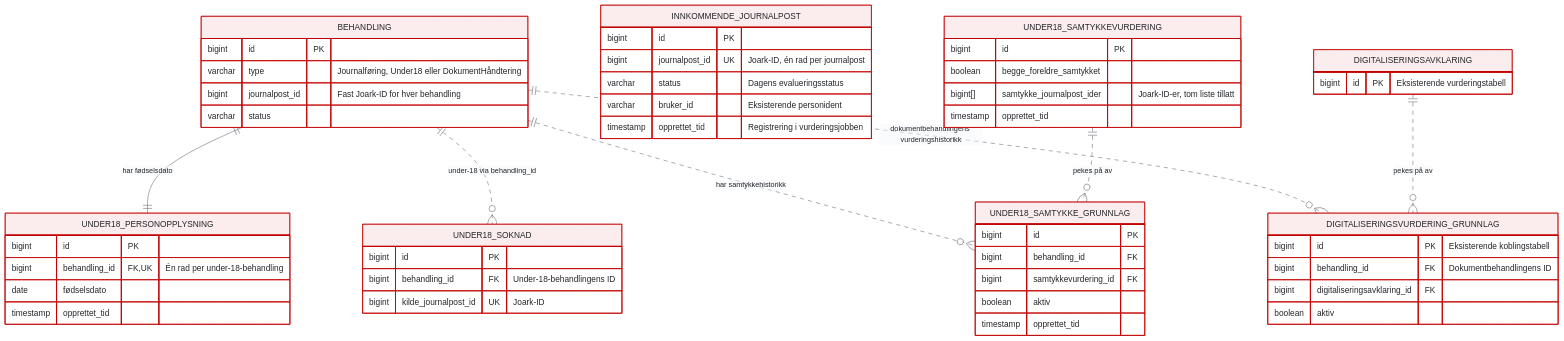
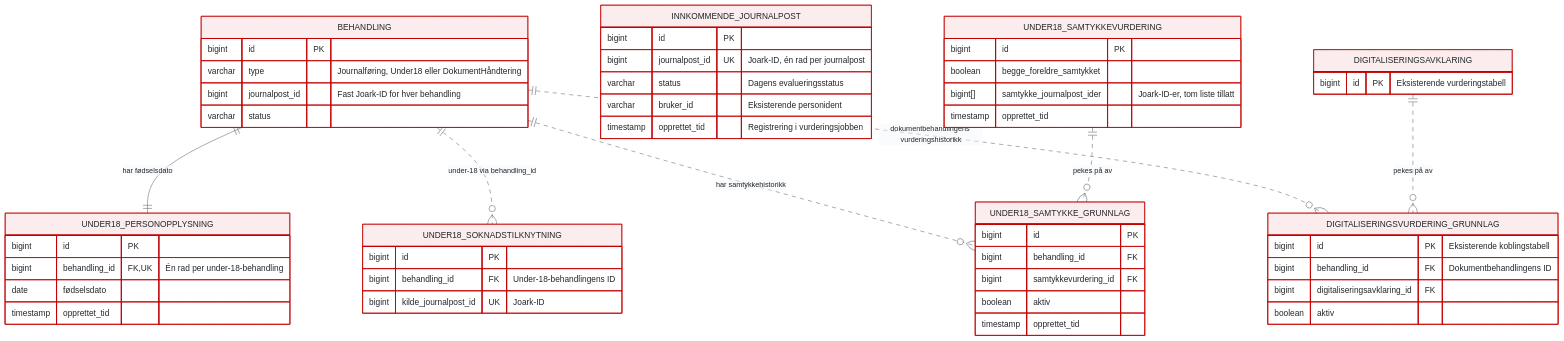
The third of 6 diagrams in under-18-flyt.md (navikt/aap-postmottak-backend), drawn with Mermaid before and after one commit. The commit also changed 41 other files, not shown here.

````diff
--- a/under-18-flyt.md
+++ b/under-18-flyt.md
@@ -338,57 +338,57 @@
 ```mermaid
 %%{init: {"theme":"base","themeVariables":{"primaryColor":"#FBEDED","primaryTextColor":"#23262A","primaryBorderColor":"#C30000","lineColor":"#5B6169","tertiaryColor":"#F6F7F9","attributeBackgroundColorOdd":"#F6F7F9","attributeBackgroundColorEven":"#FFFFFF","background":"#FFFFFF"}}}%%
 erDiagram
     BEHANDLING {
         bigint id PK
         varchar type "Journalføring, Under18 eller DokumentHåndtering"
         bigint journalpost_id "Fast Joark-ID for hver behandling"
         varchar status
     }
     UNDER18_PERSONOPPLYSNING {
         bigint id PK
         bigint behandling_id FK,UK "Én rad per under-18-behandling"
         date fødselsdato
         timestamp opprettet_tid
     }
-    UNDER18_SOKNAD {
+    UNDER18_SOKNADSTILKNYTNING {
         bigint id PK
         bigint behandling_id FK "Under-18-behandlingens ID"
         bigint kilde_journalpost_id UK "Joark-ID"
     }
     INNKOMMENDE_JOURNALPOST {
         bigint id PK
         bigint journalpost_id UK "Joark-ID, én rad per journalpost"
         varchar status "Dagens evalueringsstatus"
         varchar bruker_id "Eksisterende personident"
         timestamp opprettet_tid "Registrering i vurderingsjobben"
     }
     UNDER18_SAMTYKKEVURDERING {
         bigint id PK
         boolean begge_foreldre_samtykket
         bigint[] samtykke_journalpost_ider "Joark-ID-er, tom liste tillatt"
         timestamp opprettet_tid
     }
     UNDER18_SAMTYKKE_GRUNNLAG {
         bigint id PK
         bigint behandling_id FK
         bigint samtykkevurdering_id FK
         boolean aktiv
         timestamp opprettet_tid
     }
     DIGITALISERINGSAVKLARING {
         bigint id PK "Eksisterende vurderingstabell"
     }
     DIGITALISERINGSVURDERING_GRUNNLAG {
         bigint id PK "Eksisterende koblingstabell"
         bigint behandling_id FK "Dokumentbehandlingens ID"
         bigint digitaliseringsavklaring_id FK
         boolean aktiv
     }
 
     BEHANDLING ||--|| UNDER18_PERSONOPPLYSNING : "har fødselsdato"
-    BEHANDLING ||..o{ UNDER18_SOKNAD : "under-18 via behandling_id"
+    BEHANDLING ||..o{ UNDER18_SOKNADSTILKNYTNING : "under-18 via behandling_id"
     BEHANDLING ||..o{ UNDER18_SAMTYKKE_GRUNNLAG : "har samtykkehistorikk"
     UNDER18_SAMTYKKEVURDERING ||..o{ UNDER18_SAMTYKKE_GRUNNLAG : "pekes på av"
     BEHANDLING ||..o{ DIGITALISERINGSVURDERING_GRUNNLAG : "dokumentbehandlingens vurderingshistorikk"
     DIGITALISERINGSAVKLARING ||..o{ DIGITALISERINGSVURDERING_GRUNNLAG : "pekes på av"
 ```
````
